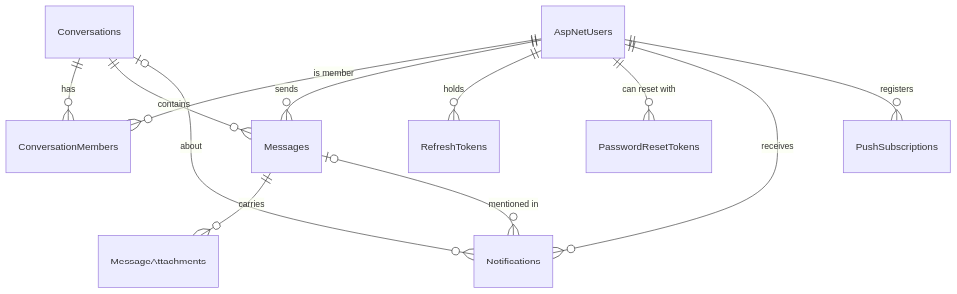
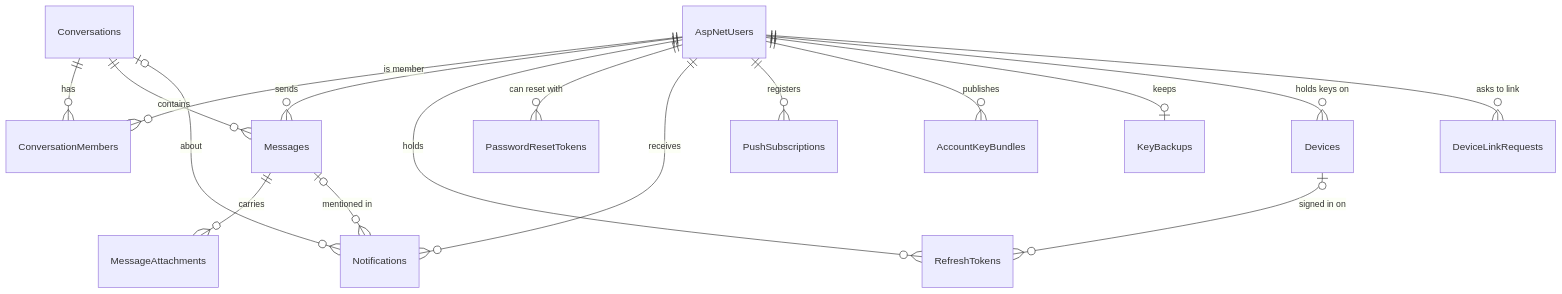
The diagram in docs/architecture/data-model.md (Harsh-Moriya/chatnet), drawn with Mermaid before and after one commit. The commit also changed other lines of this file and 6 other files, not shown here.

First line of the commit message:
Document encryption keys and devices

````diff
--- a/docs/architecture/data-model.md
+++ b/docs/architecture/data-model.md
@@ -5,14 +5,19 @@
 ```mermaid
 erDiagram
     AspNetUsers ||--o{ ConversationMembers : "is member"
     Conversations ||--o{ ConversationMembers : "has"
     Conversations ||--o{ Messages : "contains"
     AspNetUsers ||--o{ Messages : "sends"
     Messages ||--o{ MessageAttachments : "carries"
     AspNetUsers ||--o{ RefreshTokens : "holds"
     AspNetUsers ||--o{ PasswordResetTokens : "can reset with"
     AspNetUsers ||--o{ Notifications : "receives"
     AspNetUsers ||--o{ PushSubscriptions : "registers"
+    AspNetUsers ||--o{ AccountKeyBundles : "publishes"
+    AspNetUsers ||--o| KeyBackups : "keeps"
+    AspNetUsers ||--o{ Devices : "holds keys on"
+    AspNetUsers ||--o{ DeviceLinkRequests : "asks to link"
+    Devices |o--o{ RefreshTokens : "signed in on"
     Messages |o--o{ Notifications : "mentioned in"
     Conversations |o--o{ Notifications : "about"
 ```
````
